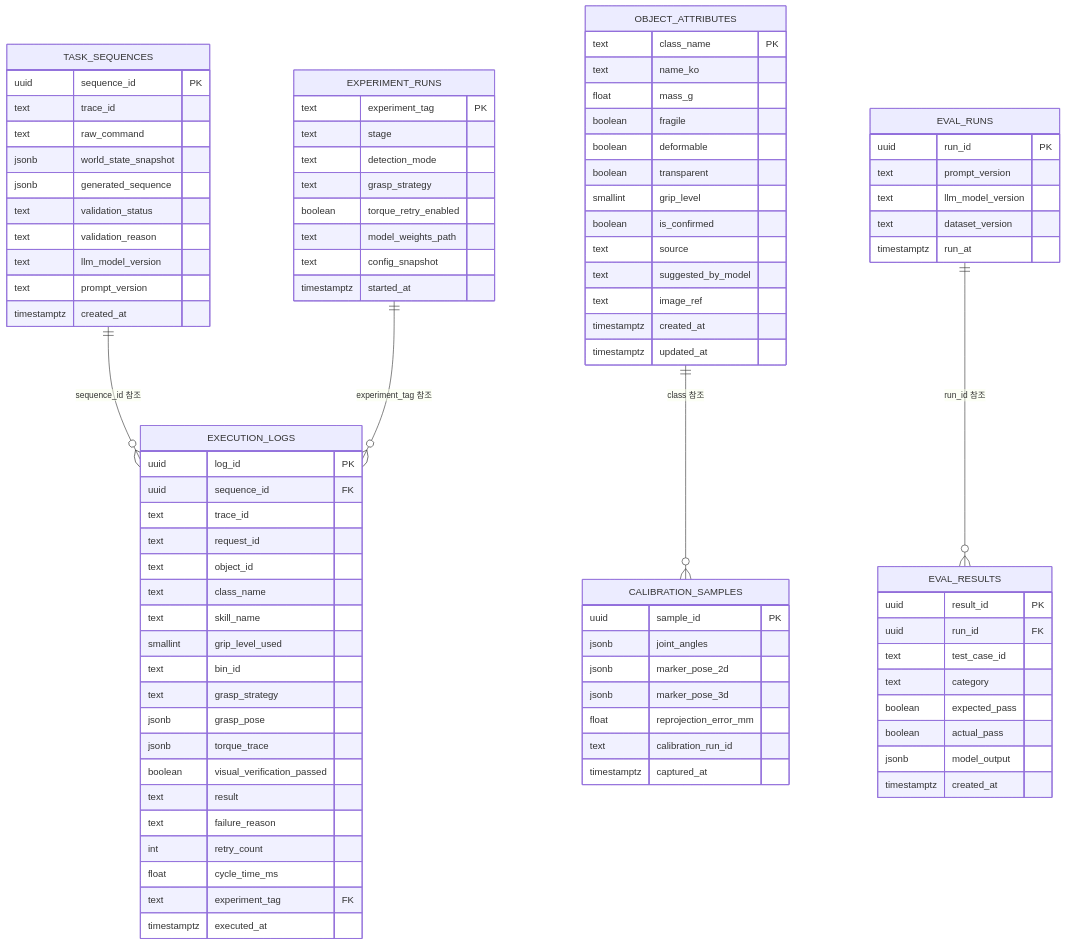
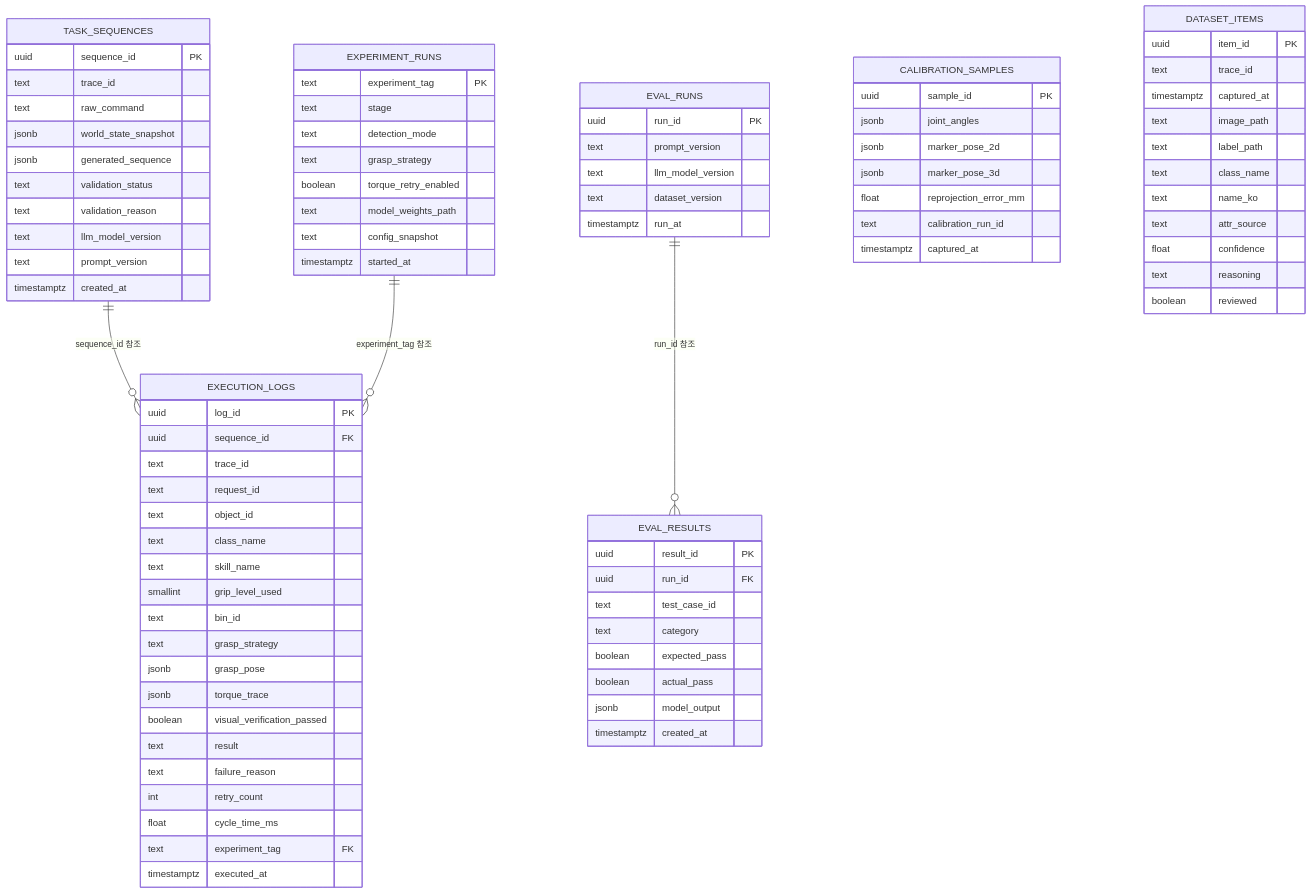
One commit to Haeyuni/PiecePickingSystem changed the diagram in docs/시스템명세서.md. Above: the diagram before and after it, drawn with Mermaid. The commit also changed other lines of this file and 23 other files, not shown here.

First line of the commit message:
fix: 쓰인 적 없는 object_attributes 테이블과 신규 물체 확인 UI를 제거한다

````diff
--- a/docs/시스템명세서.md
+++ b/docs/시스템명세서.md
@@ -62,25 +62,8 @@
 ```mermaid
 erDiagram
     TASK_SEQUENCES ||--o{ EXECUTION_LOGS : "sequence_id 참조"
-    OBJECT_ATTRIBUTES ||--o{ CALIBRATION_SAMPLES : "class 참조"
     EVAL_RUNS ||--o{ EVAL_RESULTS : "run_id 참조"
     EXPERIMENT_RUNS ||--o{ EXECUTION_LOGS : "experiment_tag 참조"
-
-    OBJECT_ATTRIBUTES {
-        text class_name PK
-        text name_ko
-        float mass_g
-        boolean fragile
-        boolean deformable
-        boolean transparent
-        smallint grip_level
-        boolean is_confirmed
-        text source
-        text suggested_by_model
-        text image_ref
-        timestamptz created_at
-        timestamptz updated_at
-    }
 
     TASK_SEQUENCES {
         uuid sequence_id PK
@@ -156,4 +139,18 @@
         jsonb model_output
         timestamptz created_at
     }
+
+    DATASET_ITEMS {
+        uuid item_id PK
+        text trace_id
+        timestamptz captured_at
+        text image_path
+        text label_path
+        text class_name
+        text name_ko
+        text attr_source
+        float confidence
+        text reasoning
+        boolean reviewed
+    }
 ```
````
